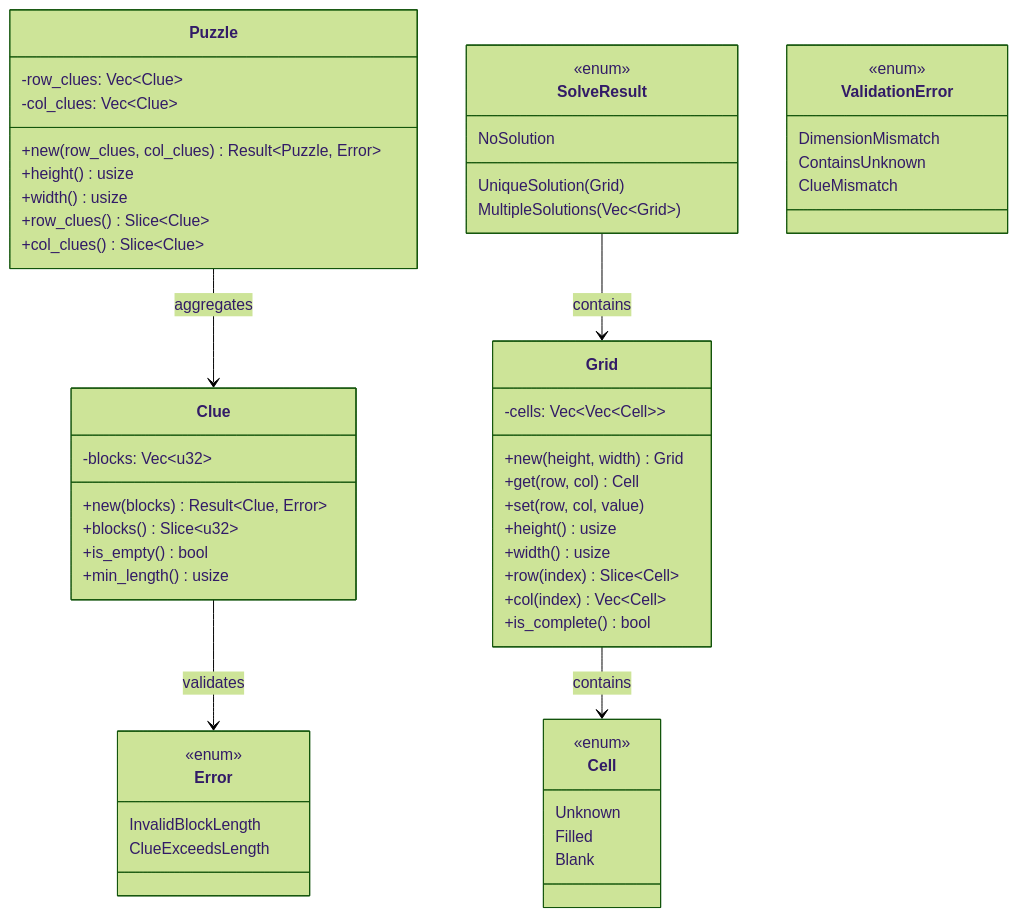
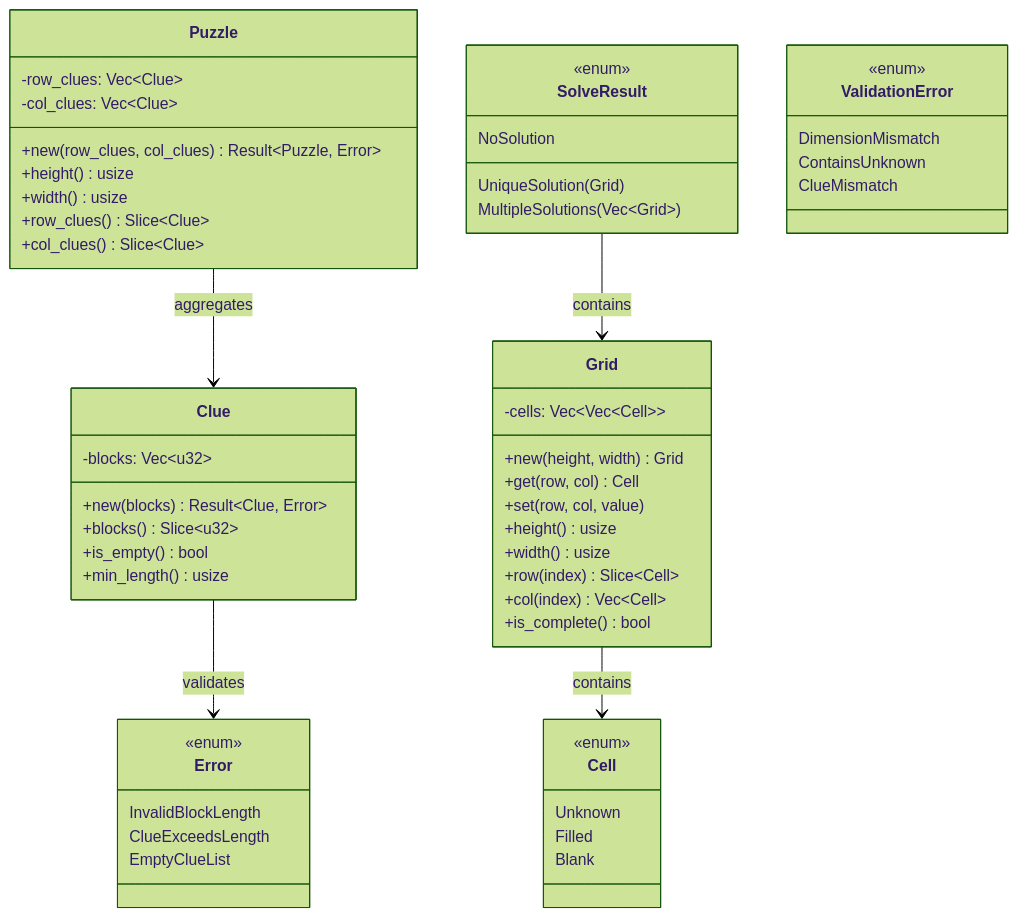
The fifth of 5 diagrams in .kiro/specs/nonogram-core/design.md (mat-der-D/nonogram-engine), drawn with Mermaid (forest theme) before and after one commit. The commit also changed other lines of this file, not shown here.

````diff
--- a/.kiro/specs/nonogram-core/design.md
+++ b/.kiro/specs/nonogram-core/design.md
@@ -735,64 +762,65 @@
 ```mermaid
 classDiagram
     class Cell {
         <<enum>>
         Unknown
         Filled
         Blank
     }
 
     class Grid {
         -cells: Vec~Vec~Cell~~
         +new(height, width) Grid
         +get(row, col) Cell
         +set(row, col, value)
         +height() usize
         +width() usize
         +row(index) Slice~Cell~
         +col(index) Vec~Cell~
         +is_complete() bool
     }
 
     class Clue {
         -blocks: Vec~u32~
         +new(blocks) Result~Clue, Error~
         +blocks() Slice~u32~
         +is_empty() bool
         +min_length() usize
     }
 
     class Puzzle {
         -row_clues: Vec~Clue~
         -col_clues: Vec~Clue~
         +new(row_clues, col_clues) Result~Puzzle, Error~
         +height() usize
         +width() usize
         +row_clues() Slice~Clue~
         +col_clues() Slice~Clue~
     }
 
     class SolveResult {
         <<enum>>
         NoSolution
         UniqueSolution(Grid)
         MultipleSolutions(Vec~Grid~)
     }
 
     class Error {
         <<enum>>
         InvalidBlockLength
         ClueExceedsLength
+        EmptyClueList
     }
 
     class ValidationError {
         <<enum>>
         DimensionMismatch
         ContainsUnknown
         ClueMismatch
     }
 
     Grid --> Cell : contains
     Puzzle --> Clue : aggregates
     Clue --> Error : validates
     SolveResult --> Grid : contains
 ```
````
